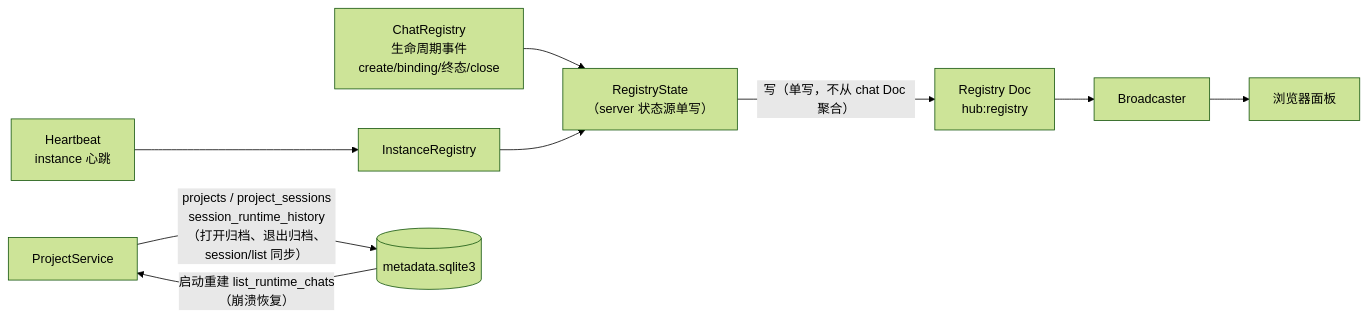
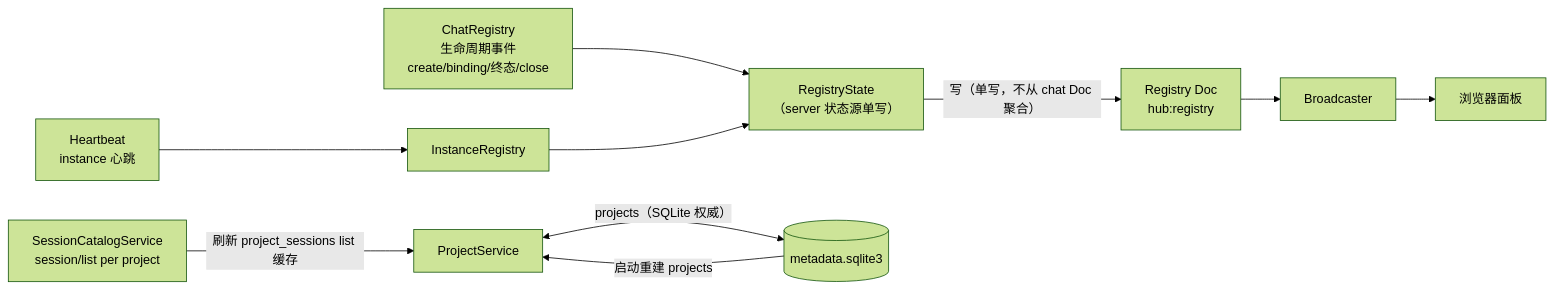
The fourth of 9 diagrams in docs/topology.md (KonghaYao/peri-studio), drawn with Mermaid (forest theme) before and after one commit. The commit also changed other lines of this file and 90 other files, not shown here.

First line of the commit message:
ADR-0003：会话目录改由 ACP session/list 权威，移除 SQLite project_sessions。

````diff
--- a/docs/topology.md
+++ b/docs/topology.md
@@ -157,19 +157,21 @@
 ```mermaid
 flowchart LR
     REG["ChatRegistry<br/>生命周期事件<br/>create/binding/终态/close"]
     HRT["Heartbeat<br/>instance 心跳"]
     INSTREG["InstanceRegistry"]
     RSTATE["RegistryState<br/>（server 状态源单写）"]
     REGDOC["Registry Doc<br/>hub:registry"]
     PROJ["ProjectService"]
     SQL[("metadata.sqlite3")]
     BROAD["Broadcaster"]
     UI["浏览器面板"]
 
     REG --> RSTATE
     HRT --> INSTREG --> RSTATE
     RSTATE -->|"写（单写，不从 chat Doc 聚合）"| REGDOC
     REGDOC --> BROAD --> UI
-    PROJ -->|"projects / project_sessions<br/>session_runtime_history<br/>（打开归档、退出归档、session/list 同步）"| SQL
-    SQL -->|"启动重建 list_runtime_chats<br/>（崩溃恢复）"| PROJ
+    PROJ <-->|"projects（SQLite 权威）"| SQL
+    ACP_LIST["SessionCatalogService<br/>session/list per project"]
+    ACP_LIST -->|"刷新 project_sessions list 缓存"| PROJ
+    SQL -->|"启动重建 projects"| PROJ
 ```
````
